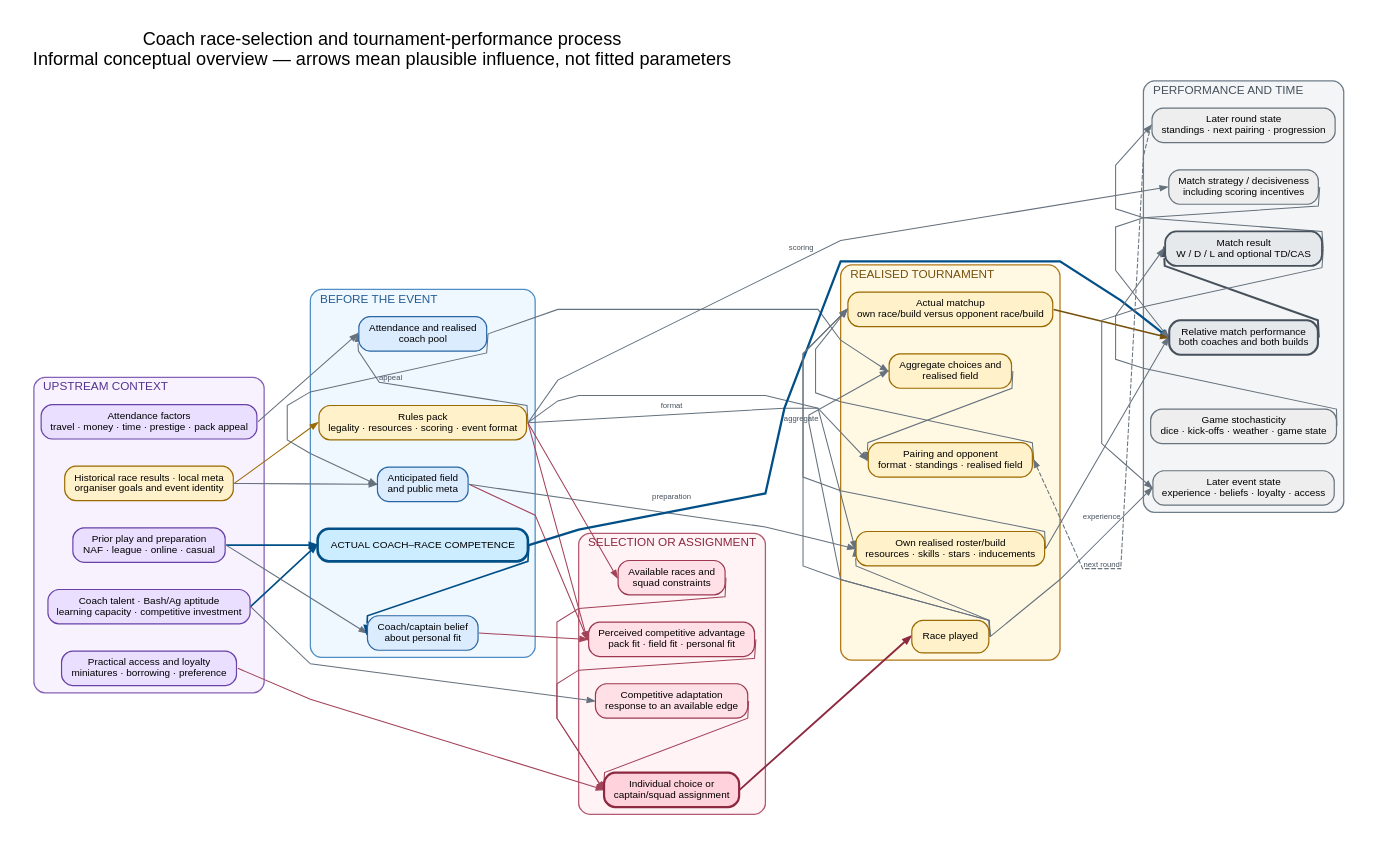
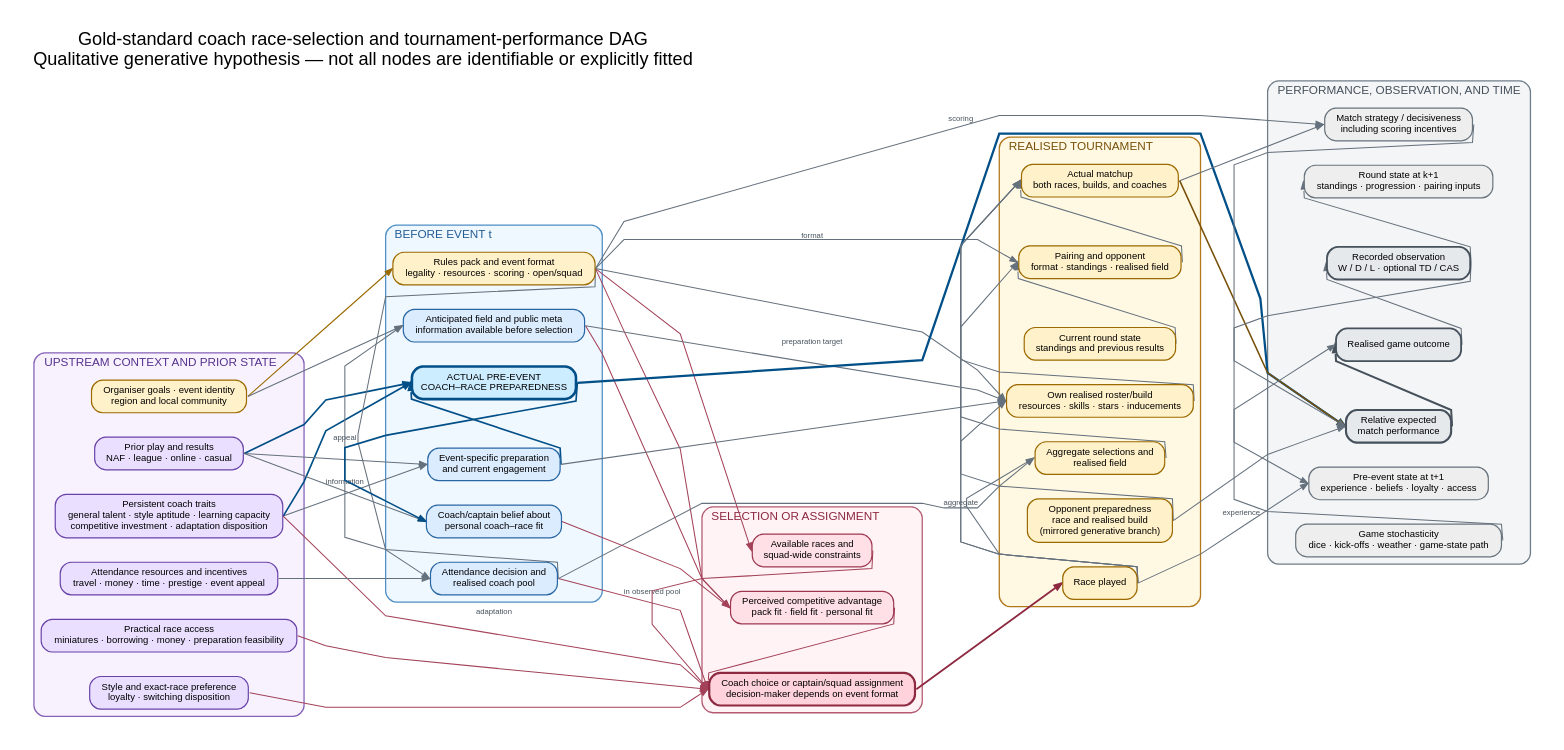
One commit to lackofcheese/blood-bayes changed the diagram in diagrams/player_race_process_map.dot. Above: the diagram before and after it, drawn with Graphviz. The commit also changed 4 other files, not shown here.

Commit message:
Formalize conceptual player race DAG

```diff
--- a/diagrams/player_race_process_map.dot
+++ b/diagrams/player_race_process_map.dot
@@ -3,15 +3,15 @@
     rankdir=LR,
     bgcolor="#ffffff",
     pad="0.30",
-    nodesep="0.42",
-    ranksep="0.90",
+    nodesep="0.38",
+    ranksep="0.88",
     splines=polyline,
     compound=true,
     newrank=true,
     outputorder=edgesfirst,
     fontname="Arial",
     fontsize=20,
-    label="Coach race-selection and tournament-performance process\nInformal conceptual overview — arrows mean plausible influence, not fitted parameters",
+    label="Gold-standard coach race-selection and tournament-performance DAG\nQualitative generative hypothesis — not all nodes are identifiable or explicitly fitted",
     labelloc=t,
     labeljust=l
   ];
@@ -20,8 +20,8 @@
     shape=box,
     style="rounded,filled",
     fontname="Arial",
-    fontsize=11,
-    margin="0.16,0.10",
+    fontsize=10.5,
+    margin="0.15,0.09",
     color="#555f69",
     penwidth=1.3
   ];
@@ -35,9 +35,8 @@
     fontcolor="#46515c"
   ];
 
-  /* Column 1: upstream context and coach formation. */
   subgraph cluster_upstream {
-    label="UPSTREAM CONTEXT";
+    label="UPSTREAM CONTEXT AND PRIOR STATE";
     color="#8562b5";
     fillcolor="#f8f2ff";
     fontcolor="#56338e";
@@ -46,30 +45,33 @@
     style="rounded,filled";
 
     organizer_context [
-      label="Historical race results · local meta\norganiser goals and event identity",
+      label="Organiser goals · event identity\nregion and local community",
       fillcolor="#fff1c9", color="#9b6a00"
     ];
     coach_traits [
-      label="Coach talent · Bash/Ag aptitude\nlearning capacity · competitive investment",
+      label="Persistent coach traits\ngeneral talent · style aptitude · learning capacity\ncompetitive investment · adaptation disposition",
       fillcolor="#eadfff", color="#6842a6"
     ];
-    play_history [
-      label="Prior play and preparation\nNAF · league · online · casual",
+    prior_history [
+      label="Prior play and results\nNAF · league · online · casual",
       fillcolor="#eadfff", color="#6842a6"
     ];
-    access_loyalty [
-      label="Practical access and loyalty\nminiatures · borrowing · preference",
+    access [
+      label="Practical race access\nminiatures · borrowing · money · preparation feasibility",
+      fillcolor="#eadfff", color="#6842a6"
+    ];
+    preference [
+      label="Style and exact-race preference\nloyalty · switching disposition",
       fillcolor="#eadfff", color="#6842a6"
     ];
     attendance_factors [
-      label="Attendance factors\ntravel · money · time · prestige · pack appeal",
+      label="Attendance resources and incentives\ntravel · money · time · prestige · event appeal",
       fillcolor="#eadfff", color="#6842a6"
     ];
   }
 
-  /* Column 2: pack, field expectations, and readiness. */
   subgraph cluster_preevent {
-    label="BEFORE THE EVENT";
+    label="BEFORE EVENT t";
     color="#4f8fc5";
     fillcolor="#eff7ff";
     fontcolor="#235d93";
@@ -78,28 +80,31 @@
     style="rounded,filled";
 
     pack [
-      label="Rules pack\nlegality · resources · scoring · event format",
+      label="Rules pack and event format\nlegality · resources · scoring · open/squad",
       fillcolor="#fff1c9", color="#9b6a00"
     ];
     attendance [
-      label="Attendance and realised\ncoach pool",
+      label="Attendance decision and\nrealised coach pool",
       fillcolor="#dcecff", color="#2867a3"
     ];
     anticipated_field [
-      label="Anticipated field\nand public meta",
+      label="Anticipated field and public meta\ninformation available before selection",
       fillcolor="#dcecff", color="#2867a3"
     ];
-    actual_competence [
-      label="ACTUAL COACH–RACE COMPETENCE",
+    preparation [
+      label="Event-specific preparation\nand current engagement",
+      fillcolor="#dcecff", color="#2867a3"
+    ];
+    preparedness [
+      label="ACTUAL PRE-EVENT\nCOACH–RACE PREPAREDNESS",
       fillcolor="#ccecff", color="#004f87", penwidth=2.8
     ];
     perceived_fit [
-      label="Coach/captain belief\nabout personal fit",
+      label="Coach/captain belief about\npersonal coach–race fit",
       fillcolor="#dcecff", color="#2867a3"
     ];
   }
 
-  /* Column 3: choice or assignment. */
   subgraph cluster_selection {
     label="SELECTION OR ASSIGNMENT";
     color="#b45a70";
@@ -110,24 +115,19 @@
     style="rounded,filled";
 
     available_choices [
-      label="Available races and\nsquad constraints",
+      label="Available races and\nsquad-wide constraints",
       fillcolor="#ffe0e6", color="#9d3850"
     ];
     perceived_advantage [
       label="Perceived competitive advantage\npack fit · field fit · personal fit",
       fillcolor="#ffe0e6", color="#9d3850"
     ];
-    adaptation [
-      label="Competitive adaptation\nresponse to an available edge",
-      fillcolor="#ffe0e6", color="#9d3850"
-    ];
     selection [
-      label="Individual choice or\ncaptain/squad assignment",
+      label="Coach choice or captain/squad assignment\ndecision-maker depends on event format",
       fillcolor="#ffd2dc", color="#8d2940", penwidth=2.4
     ];
   }
 
-  /* Column 4: realised tournament environment. */
   subgraph cluster_realised {
     label="REALISED TOURNAMENT";
     color="#b17819";
@@ -137,16 +137,17 @@
     penwidth=1.4;
     style="rounded,filled";
 
-    race_played [
-      label="Race played",
-      fillcolor="#fff1c9", color="#9b6a00"
-    ];
+    race_played [label="Race played", fillcolor="#fff1c9", color="#9b6a00"];
     realised_field [
-      label="Aggregate choices and\nrealised field",
+      label="Aggregate selections and\nrealised field",
       fillcolor="#fff1c9", color="#9b6a00"
     ];
     own_build [
       label="Own realised roster/build\nresources · skills · stars · inducements",
+      fillcolor="#fff1c9", color="#9b6a00"
+    ];
+    prior_round_state [
+      label="Current round state\nstandings and previous results",
       fillcolor="#fff1c9", color="#9b6a00"
     ];
     pairing [
@@ -154,14 +155,17 @@
       fillcolor="#fff1c9", color="#9b6a00"
     ];
     matchup [
-      label="Actual matchup\nown race/build versus opponent race/build",
+      label="Actual matchup\nboth races, builds, and coaches",
+      fillcolor="#fff1c9", color="#9b6a00"
+    ];
+    opponent_state [
+      label="Opponent preparedness\nrace and realised build\n(mirrored generative branch)",
       fillcolor="#fff1c9", color="#9b6a00"
     ];
   }
 
-  /* Column 5: performance, result, and time-forward state. */
   subgraph cluster_outcome {
-    label="PERFORMANCE AND TIME";
+    label="PERFORMANCE, OBSERVATION, AND TIME";
     color="#6f7d89";
     fillcolor="#f4f5f6";
     fontcolor="#46515c";
@@ -173,93 +177,95 @@
       label="Match strategy / decisiveness\nincluding scoring incentives",
       fillcolor="#eeeeee", color="#68737d"
     ];
-    performance [
-      label="Relative match performance\nboth coaches and both builds",
+    expected_performance [
+      label="Relative expected\nmatch performance",
       fillcolor="#e5e9ec", color="#46515c", penwidth=2.3
     ];
     stochasticity [
-      label="Game stochasticity\ndice · kick-offs · weather · game state",
+      label="Game stochasticity\ndice · kick-offs · weather · game-state path",
       fillcolor="#eeeeee", color="#68737d"
     ];
-    result [
-      label="Match result\nW / D / L and optional TD/CAS",
+    realised_outcome [
+      label="Realised game outcome",
+      fillcolor="#e5e9ec", color="#46515c", penwidth=2.0
+    ];
+    recorded_result [
+      label="Recorded observation\nW / D / L · optional TD / CAS",
       fillcolor="#e5e9ec", color="#46515c", penwidth=2.0
     ];
     next_round [
-      label="Later round state\nstandings · next pairing · progression",
+      label="Round state at k+1\nstandings · progression · pairing inputs",
       fillcolor="#eeeeee", color="#68737d"
     ];
     next_event [
-      label="Later event state\nexperience · beliefs · loyalty · access",
+      label="Pre-event state at t+1\nexperience · beliefs · loyalty · access",
       fillcolor="#eeeeee", color="#68737d"
     ];
   }
 
-  /* Upstream formation and selection into the observed coach pool. */
+  /* Context, attendance selection, and state formation. */
   organizer_context:e -> pack:w [color="#9b6a00"];
   organizer_context:e -> anticipated_field:w;
-  coach_traits:e -> actual_competence:w [color="#004f87", penwidth=1.8];
-  play_history:e -> actual_competence:w [color="#004f87", penwidth=1.8];
   attendance_factors:e -> attendance:w;
   pack:e -> attendance:w [label="appeal"];
   attendance:e -> anticipated_field:w;
+  coach_traits:e -> preparation:w;
+  prior_history:e -> preparation:w;
+  coach_traits:e -> preparedness:w [color="#004f87", penwidth=1.8];
+  prior_history:e -> preparedness:w [color="#004f87", penwidth=1.8];
+  preparation:e -> preparedness:w [color="#004f87", penwidth=1.8];
 
-  /* Actual competence and beliefs are conceptually distinct. */
-  actual_competence:e -> perceived_fit:w [color="#004f87", penwidth=1.8];
-  play_history:e -> perceived_fit:w;
+  /* Actual preparedness and the decision-maker's belief are distinct. */
+  preparedness:e -> perceived_fit:w [color="#004f87", penwidth=1.8];
+  prior_history:e -> perceived_fit:w [label="information"];
 
-  /* Choice/assignment process. */
+  /* Choice or assignment. Actual preparedness acts through belief. */
   pack:e -> available_choices:w [color="#a34259"];
   pack:e -> perceived_advantage:w [color="#a34259"];
   anticipated_field:e -> perceived_advantage:w [color="#a34259"];
   perceived_fit:e -> perceived_advantage:w [color="#a34259"];
-  access_loyalty:e -> selection:w [color="#a34259"];
+  access:e -> selection:w [color="#a34259"];
+  preference:e -> selection:w [color="#a34259"];
+  coach_traits:e -> selection:w [label="adaptation", color="#a34259"];
+  attendance:e -> selection:w [label="in observed pool", color="#a34259"];
   available_choices:e -> selection:w [color="#a34259"];
   perceived_advantage:e -> selection:w [color="#a34259"];
-  adaptation:e -> selection:w [color="#a34259"];
-  coach_traits:e -> adaptation:w;
 
-  /* Aggregate choices create the realised field; expectations do not pair games. */
+  /* Aggregate selections create the field; expectations do not pair games. */
   selection:e -> race_played:w [color="#8d2940", penwidth=2.0];
   attendance:e -> realised_field:w;
   race_played:e -> realised_field:w [label="aggregate"];
   race_played:e -> own_build:w;
   pack:e -> own_build:w;
-  anticipated_field:e -> own_build:w [label="preparation"];
+  preparation:e -> own_build:w;
+  anticipated_field:e -> own_build:w [label="preparation target"];
   realised_field:e -> pairing:w;
   pack:e -> pairing:w [label="format"];
+  prior_round_state:e -> pairing:w;
+  pairing:e -> matchup:w;
   race_played:e -> matchup:w;
-  pairing:e -> matchup:w;
   own_build:e -> matchup:w;
+  opponent_state:e -> matchup:w;
 
-  /* Performance is relative and results remain stochastic. */
-  actual_competence:e -> performance:w [color="#004f87", penwidth=2.5];
-  matchup:e -> performance:w [color="#77500a", penwidth=1.7];
-  own_build:e -> performance:w;
+  /* Expected performance, stochastic realisation, and observation. */
   pack:e -> strategy:w [label="scoring"];
-  strategy:e -> performance:w;
-  performance:e -> result:w [color="#46515c", penwidth=2.2];
-  stochasticity:e -> result:w;
+  matchup:e -> strategy:w;
+  preparedness:e -> expected_performance:w [color="#004f87", penwidth=2.5];
+  matchup:e -> expected_performance:w [color="#77500a", penwidth=1.7];
+  strategy:e -> expected_performance:w;
+  opponent_state:e -> expected_performance:w;
+  expected_performance:e -> realised_outcome:w [color="#46515c", penwidth=2.2];
+  stochasticity:e -> realised_outcome:w;
+  realised_outcome:e -> recorded_result:w;
 
-  /* Within-event and between-event feedback are explicitly temporal. */
-  result:e -> next_round:w;
-  result:e -> next_event:w;
+  /* All feedback crosses an explicit round or event boundary, preserving acyclicity. */
+  recorded_result:e -> next_round:w;
+  recorded_result:e -> next_event:w;
   race_played:e -> next_event:w [label="experience"];
-  next_round:w -> pairing:e [
-    label="next round",
-    style=dashed,
-    color="#68737d",
-    constraint=false
-  ];
 
-  /* Each process stage occupies one vertical column. */
-  { rank=same; organizer_context; coach_traits; play_history; access_loyalty; attendance_factors; }
-  { rank=same; pack; attendance; anticipated_field; actual_competence; perceived_fit; }
-  { rank=same; available_choices; perceived_advantage; adaptation; selection; }
-  { rank=same; race_played; realised_field; own_build; pairing; matchup; }
-  { rank=same; strategy; performance; stochasticity; result; next_round; next_event; }
-
-  /* Stabilise top-to-bottom ordering inside the dense realised/outcome columns. */
-  race_played -> realised_field -> own_build -> pairing -> matchup [style=invis, constraint=false, weight=100];
-  strategy -> performance -> stochasticity -> result -> next_round -> next_event [style=invis, constraint=false, weight=100];
+  { rank=same; organizer_context; coach_traits; prior_history; access; preference; attendance_factors; }
+  { rank=same; pack; attendance; anticipated_field; preparation; preparedness; perceived_fit; }
+  { rank=same; available_choices; perceived_advantage; selection; }
+  { rank=same; race_played; realised_field; own_build; prior_round_state; pairing; matchup; opponent_state; }
+  { rank=same; strategy; expected_performance; stochasticity; realised_outcome; recorded_result; next_round; next_event; }
 }
```
